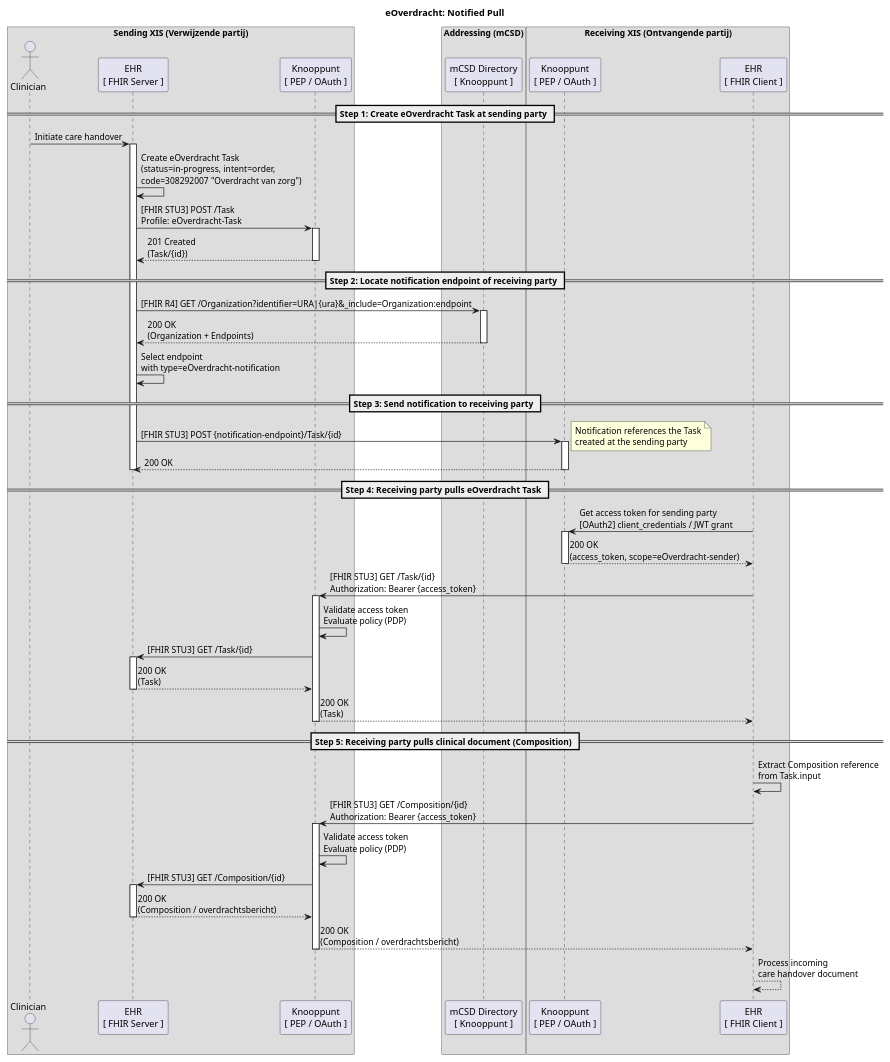
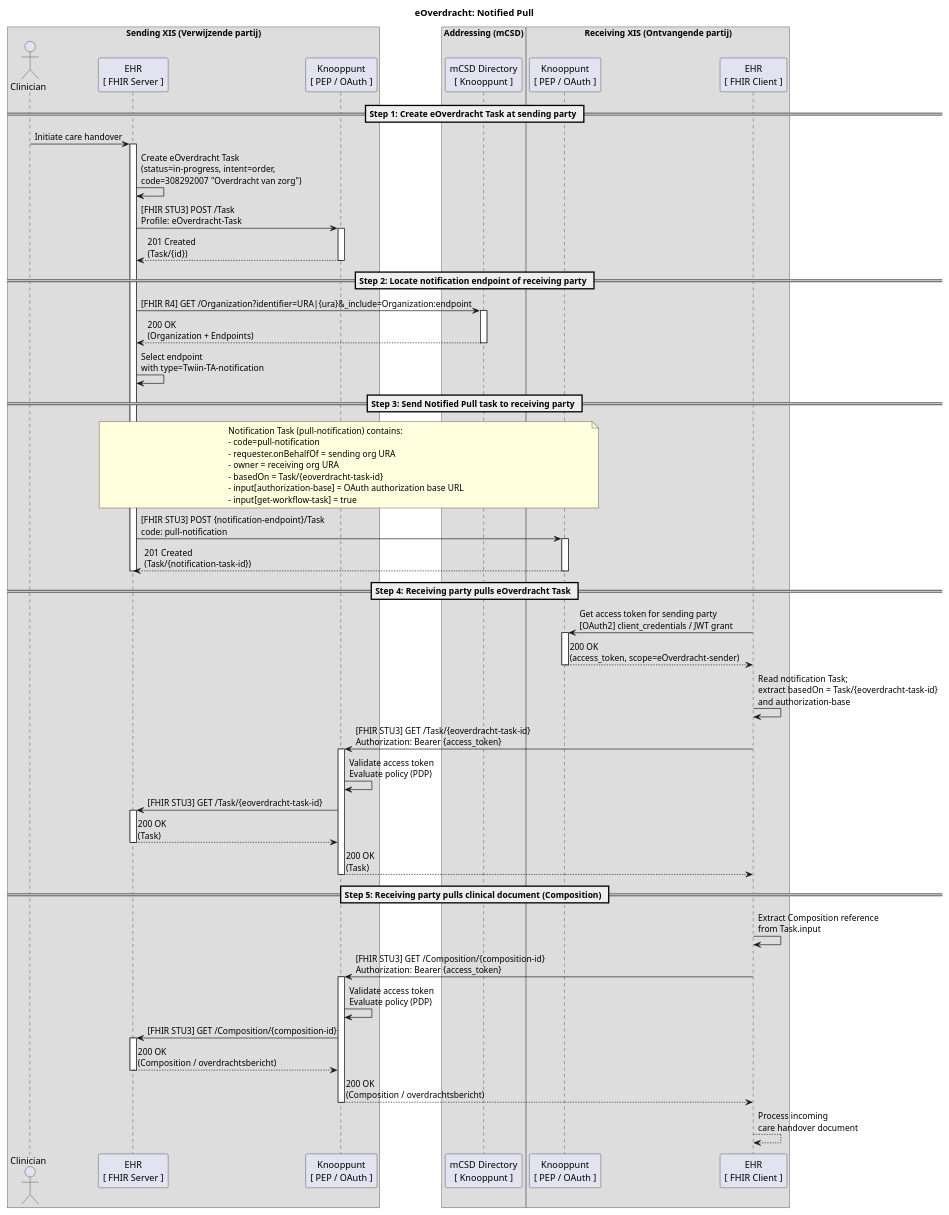
One commit to nuts-foundation/nuts-knooppunt changed the diagram in docs/eoverdracht-notified-pull-sd.puml. Above: the diagram before and after it, drawn with PlantUML. The commit also changed 1 other file, not shown here.

Commit message:
Update eOverdracht diagram to use Twiin Notified Pull pattern with pull-notification Task

```diff
--- a/docs/eoverdracht-notified-pull-sd.puml
+++ b/docs/eoverdracht-notified-pull-sd.puml
@@ -1,85 +1,96 @@
 @startuml
 
 title eOverdracht: Notified Pull
 
 box "Sending XIS (Verwijzende partij)"
     actor User as "Clinician"
     participant ehr_s as "EHR\n[ FHIR Server ]"
     participant kp_s as "Knooppunt\n[ PEP / OAuth ]"
 end box
 
 box "Addressing (mCSD)"
     participant mcsd as "mCSD Directory\n[ Knooppunt ]"
 end box
 
 box "Receiving XIS (Ontvangende partij)"
     participant kp_r as "Knooppunt\n[ PEP / OAuth ]"
     participant ehr_r as "EHR\n[ FHIR Client ]"
 end box
 
 == Step 1: Create eOverdracht Task at sending party ==
 
 User -> ehr_s : Initiate care handover
 
 activate ehr_s
 
 ehr_s -> ehr_s : Create eOverdracht Task\n(status=in-progress, intent=order,\ncode=308292007 "Overdracht van zorg")
 
 ehr_s -> kp_s : [FHIR STU3] POST /Task\nProfile: eOverdracht-Task
 activate kp_s
     kp_s --> ehr_s : 201 Created\n(Task/{id})
 deactivate kp_s
 
 == Step 2: Locate notification endpoint of receiving party ==
 
 ehr_s -> mcsd : [FHIR R4] GET /Organization?identifier=URA|{ura}&_include=Organization:endpoint
 activate mcsd
     mcsd --> ehr_s : 200 OK\n(Organization + Endpoints)
 deactivate mcsd
 
-ehr_s -> ehr_s : Select endpoint\nwith type=eOverdracht-notification
+ehr_s -> ehr_s : Select endpoint\nwith type=Twiin-TA-notification
 
-== Step 3: Send notification to receiving party ==
+== Step 3: Send Notified Pull task to receiving party ==
 
-ehr_s -> kp_r : [FHIR STU3] POST {notification-endpoint}/Task/{id}
-note right : Notification references the Task\ncreated at the sending party
+note over ehr_s, kp_r
+  Notification Task (pull-notification) contains:
+  - code=pull-notification
+  - requester.onBehalfOf = sending org URA
+  - owner = receiving org URA
+  - basedOn = Task/{eoverdracht-task-id}
+  - input[authorization-base] = OAuth authorization base URL
+  - input[get-workflow-task] = true
+end note
+
+ehr_s -> kp_r : [FHIR STU3] POST {notification-endpoint}/Task\ncode: pull-notification
 activate kp_r
-    kp_r --> ehr_s : 200 OK
+    kp_r --> ehr_s : 201 Created\n(Task/{notification-task-id})
 deactivate kp_r
 
 deactivate ehr_s
 
 == Step 4: Receiving party pulls eOverdracht Task ==
 
 ehr_r -> kp_r : Get access token for sending party\n[OAuth2] client_credentials / JWT grant
 activate kp_r
     kp_r --> ehr_r : 200 OK\n(access_token, scope=eOverdracht-sender)
 deactivate kp_r
 
-ehr_r -> kp_s : [FHIR STU3] GET /Task/{id}\nAuthorization: Bearer {access_token}
+ehr_r -> ehr_r : Read notification Task;\nextract basedOn = Task/{eoverdracht-task-id}\nand authorization-base
+
+ehr_r -> kp_s : [FHIR STU3] GET /Task/{eoverdracht-task-id}\nAuthorization: Bearer {access_token}
 activate kp_s
     kp_s -> kp_s : Validate access token\nEvaluate policy (PDP)
-    kp_s -> ehr_s : [FHIR STU3] GET /Task/{id}
+    kp_s -> ehr_s : [FHIR STU3] GET /Task/{eoverdracht-task-id}
     activate ehr_s
         ehr_s --> kp_s : 200 OK\n(Task)
     deactivate ehr_s
     kp_s --> ehr_r : 200 OK\n(Task)
 deactivate kp_s
 
 == Step 5: Receiving party pulls clinical document (Composition) ==
 
 ehr_r -> ehr_r : Extract Composition reference\nfrom Task.input
 
-ehr_r -> kp_s : [FHIR STU3] GET /Composition/{id}\nAuthorization: Bearer {access_token}
+ehr_r -> kp_s : [FHIR STU3] GET /Composition/{composition-id}\nAuthorization: Bearer {access_token}
 activate kp_s
     kp_s -> kp_s : Validate access token\nEvaluate policy (PDP)
-    kp_s -> ehr_s : [FHIR STU3] GET /Composition/{id}
+    kp_s -> ehr_s : [FHIR STU3] GET /Composition/{composition-id}
     activate ehr_s
         ehr_s --> kp_s : 200 OK\n(Composition / overdrachtsbericht)
     deactivate ehr_s
     kp_s --> ehr_r : 200 OK\n(Composition / overdrachtsbericht)
 deactivate kp_s
 
 ehr_r --> ehr_r : Process incoming\ncare handover document
 
 @enduml
```
